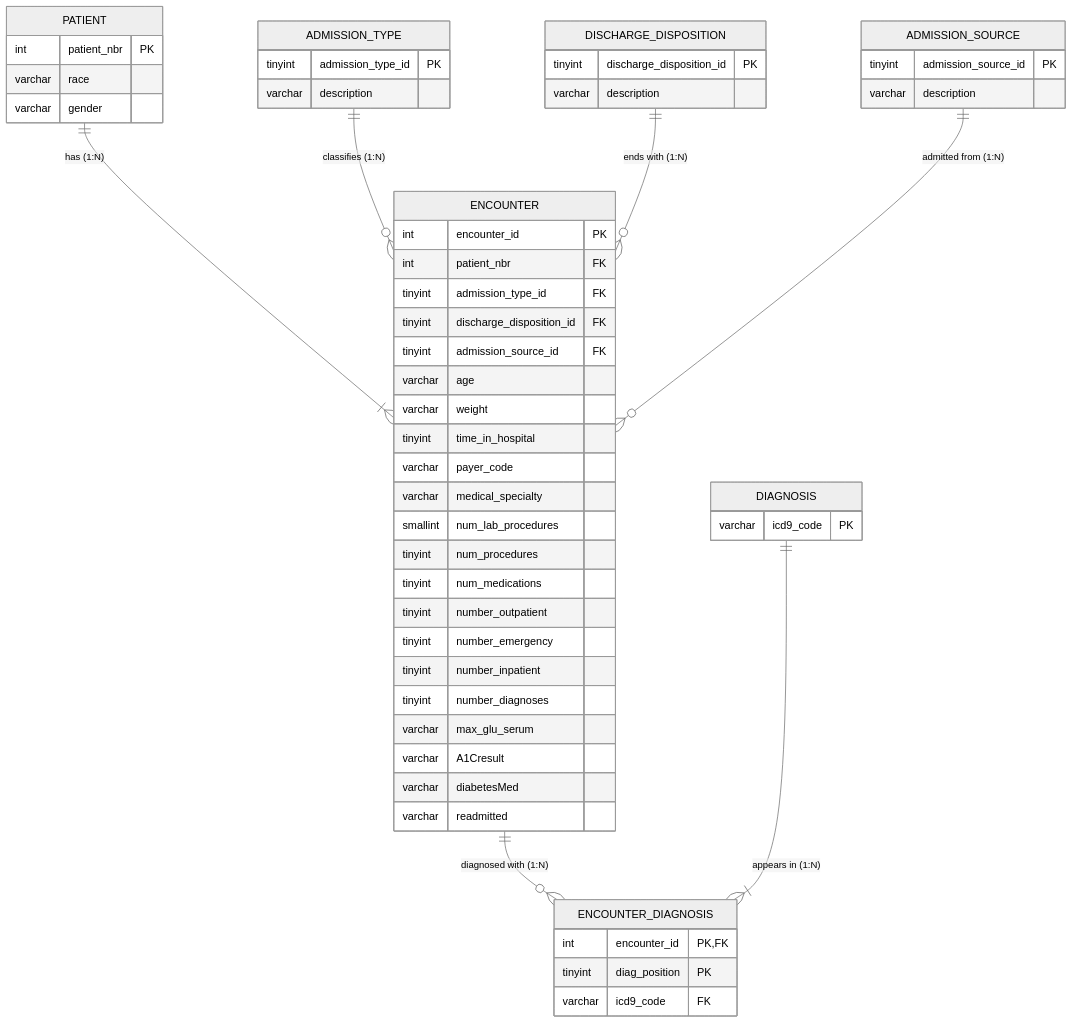
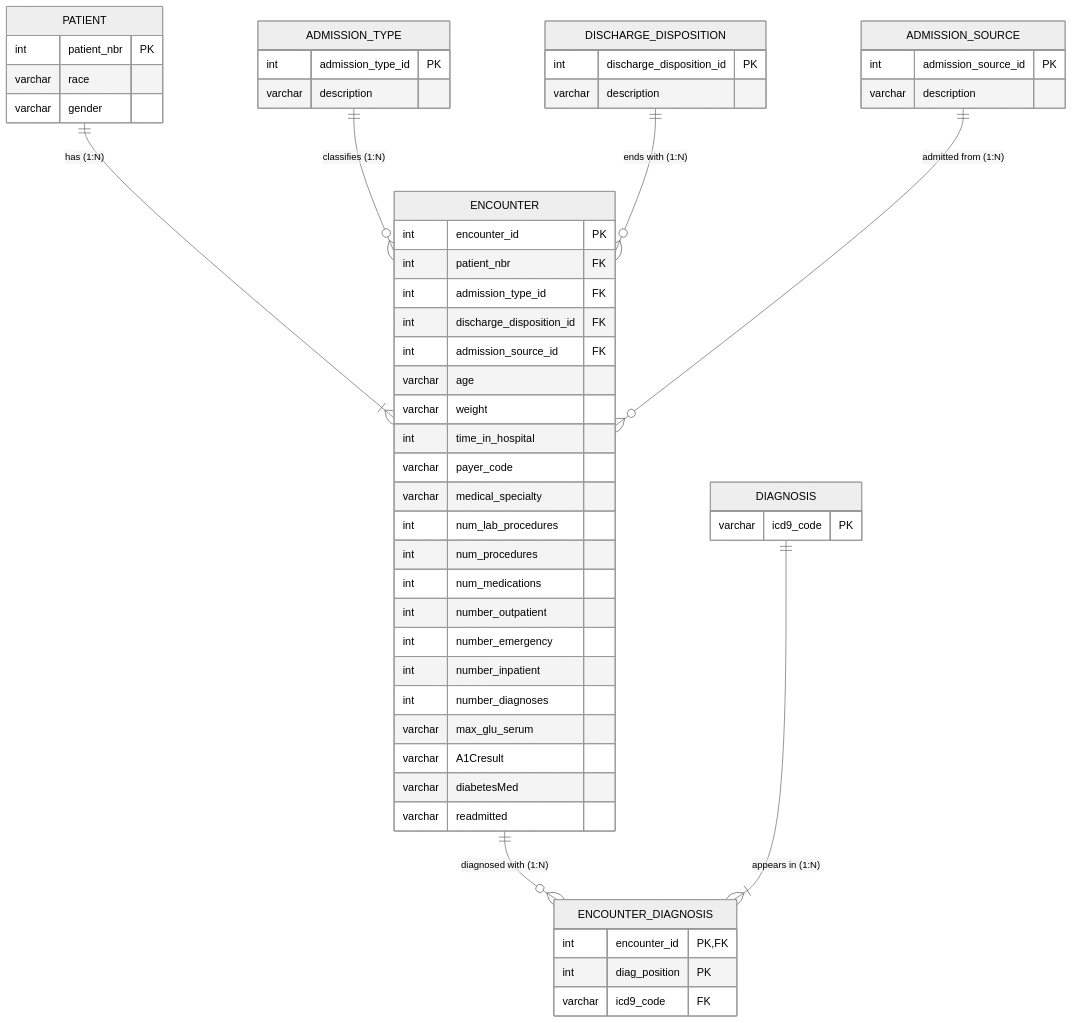
One commit to mia-elena/hospital-diabetes-analysis changed the diagram in README.md. Above: the diagram before and after it, drawn with Mermaid (neutral theme). The commit also changed 3 other files, not shown here.

Commit message:
Use int for all integer columns in ER diagram

````diff
--- a/README.md
+++ b/README.md
@@ -127,58 +127,58 @@
 ```mermaid
 erDiagram
     PATIENT ||--|{ ENCOUNTER : "has (1:N)"
     ADMISSION_TYPE ||--o{ ENCOUNTER : "classifies (1:N)"
     DISCHARGE_DISPOSITION ||--o{ ENCOUNTER : "ends with (1:N)"
     ADMISSION_SOURCE ||--o{ ENCOUNTER : "admitted from (1:N)"
     ENCOUNTER ||--o{ ENCOUNTER_DIAGNOSIS : "diagnosed with (1:N)"
     DIAGNOSIS ||--|{ ENCOUNTER_DIAGNOSIS : "appears in (1:N)"
 
     PATIENT {
         int patient_nbr PK
         varchar race
         varchar gender
     }
     ENCOUNTER {
         int encounter_id PK
         int patient_nbr FK
-        tinyint admission_type_id FK
-        tinyint discharge_disposition_id FK
-        tinyint admission_source_id FK
+        int admission_type_id FK
+        int discharge_disposition_id FK
+        int admission_source_id FK
         varchar age
         varchar weight
-        tinyint time_in_hospital
+        int time_in_hospital
         varchar payer_code
         varchar medical_specialty
-        smallint num_lab_procedures
-        tinyint num_procedures
-        tinyint num_medications
-        tinyint number_outpatient
-        tinyint number_emergency
-        tinyint number_inpatient
-        tinyint number_diagnoses
+        int num_lab_procedures
+        int num_procedures
+        int num_medications
+        int number_outpatient
+        int number_emergency
+        int number_inpatient
+        int number_diagnoses
         varchar max_glu_serum
         varchar A1Cresult
         varchar diabetesMed
         varchar readmitted
     }
     ENCOUNTER_DIAGNOSIS {
         int encounter_id PK, FK
-        tinyint diag_position PK
+        int diag_position PK
         varchar icd9_code FK
     }
     DIAGNOSIS {
         varchar icd9_code PK
     }
     ADMISSION_TYPE {
-        tinyint admission_type_id PK
+        int admission_type_id PK
         varchar description
     }
     DISCHARGE_DISPOSITION {
-        tinyint discharge_disposition_id PK
+        int discharge_disposition_id PK
         varchar description
     }
     ADMISSION_SOURCE {
-        tinyint admission_source_id PK
+        int admission_source_id PK
         varchar description
     }
 ```
````
